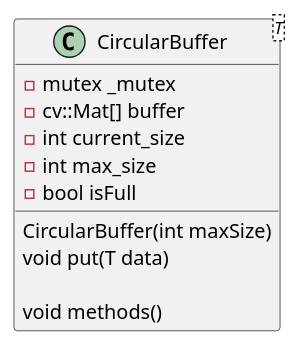
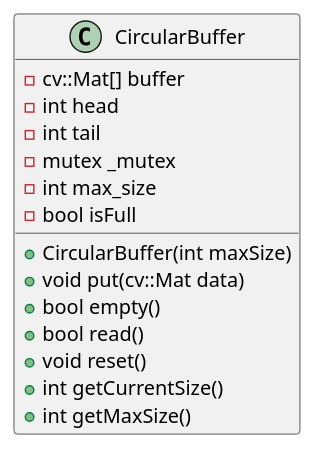
The diagram in doc/circularBuffer_uml.pu (ThePension/ArcStreamLabs), drawn with PlantUML before and after one commit. The commit also changed 1 other file, not shown here.

Commit message:
Fix CircularBuffer UML diagramm and add Acces_CircularBuffer_sequence

```diff
--- a/doc/circularBuffer_uml.pu
+++ b/doc/circularBuffer_uml.pu
@@ -1,15 +1,19 @@
-@startuml
-class CircularBuffer<T> {
-    - mutex _mutex
-    - cv::Mat[] buffer
-    - int current_size
-    - int max_size
-    - bool isFull
+@startuml CircularBuffer_UML
+class CircularBuffer {
+  - cv::Mat[] buffer
+  - int head
+  - int tail
+  - mutex _mutex
+  - int max_size
+  - bool isFull
 
-    CircularBuffer(int maxSize)
-    void put(T data)
-
-  void methods()
+  + CircularBuffer(int maxSize)
+  + void put(cv::Mat data)
+  + bool empty()
+  + bool read()
+  + void reset()
+  + int getCurrentSize()
+  + int getMaxSize()
 }
 
 @enduml
```
